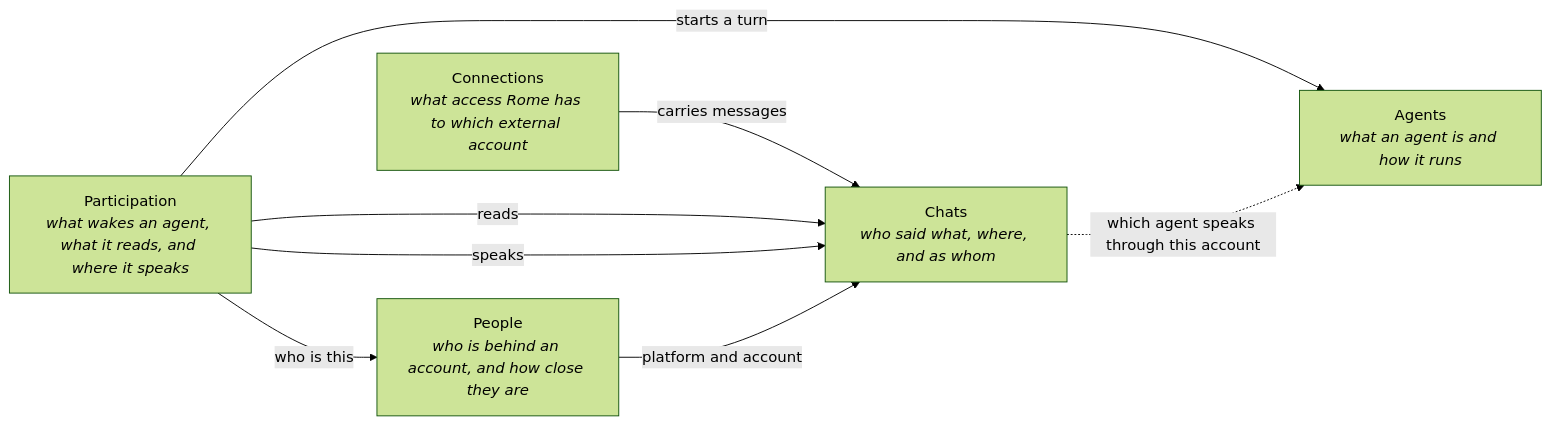
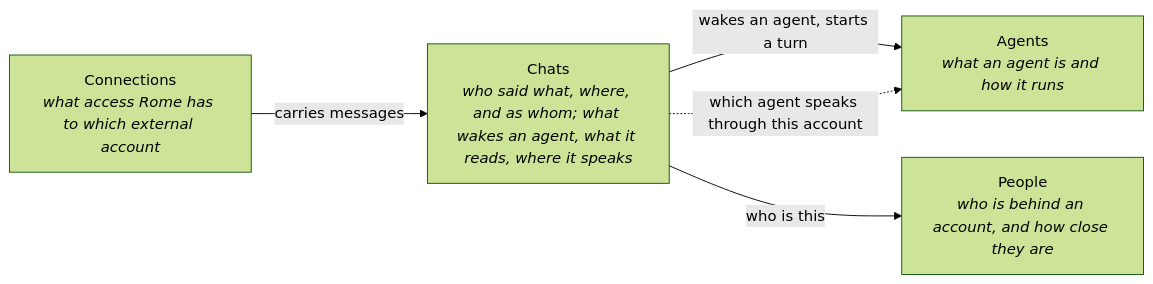
Before and after one commit to rome-os/rome: the diagram in docs/domains/README.md, drawn with Mermaid (forest theme). The commit also changed other lines of this file and 7 other files, not shown here.

First line of the commit message:
docs(domains): fold Participation into Chats

````diff
--- a/docs/domains/README.md
+++ b/docs/domains/README.md
@@ -17,15 +20,11 @@
 ```mermaid
 flowchart LR
     Connections["Connections<br/><i>what access Rome has to which external account</i>"]
-    Chats["Chats<br/><i>who said what, where, and as whom</i>"]
-    Participation["Participation<br/><i>what wakes an agent, what it reads, and where it speaks</i>"]
+    Chats["Chats<br/><i>who said what, where, and as whom; what wakes an agent, what it reads, where it speaks</i>"]
     Agents["Agents<br/><i>what an agent is and how it runs</i>"]
     People["People<br/><i>who is behind an account, and how close they are</i>"]
     Connections -- carries messages --> Chats
-    Participation -- reads --> Chats
-    Participation -- speaks --> Chats
-    Participation -- starts a turn --> Agents
+    Chats -- wakes an agent, starts a turn --> Agents
     Chats -. which agent speaks through this account .-> Agents
-    People -- platform and account --> Chats
-    Participation -- who is this --> People
+    Chats -- who is this --> People
 ```
````
